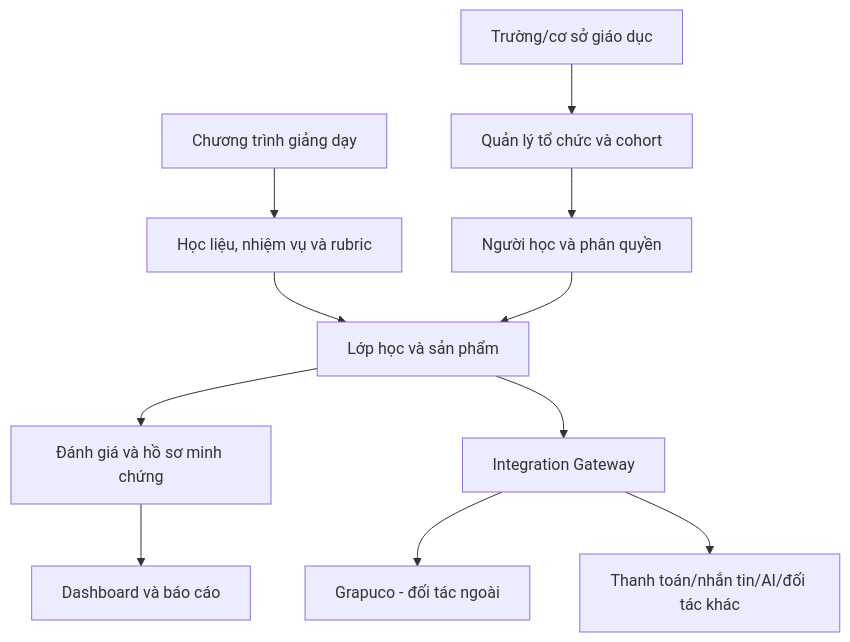
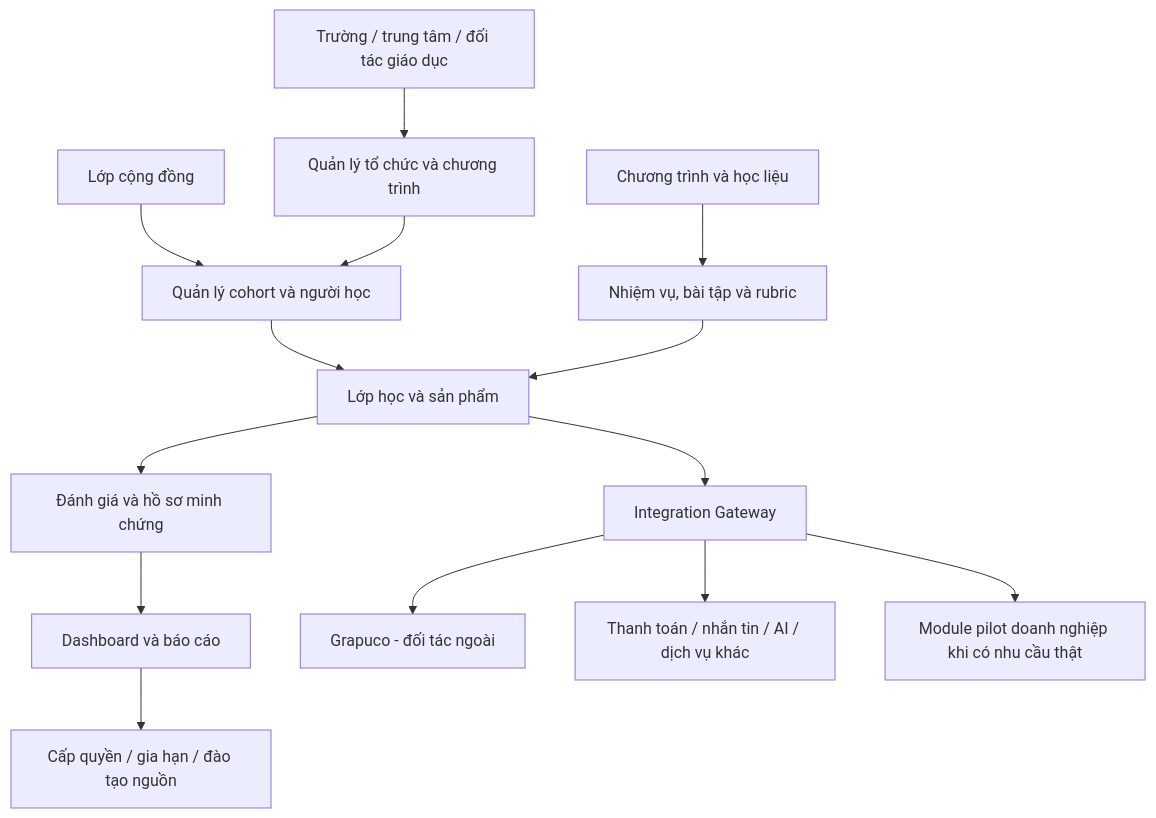
One commit to GodOfIT/nentangdaynghe changed the diagram in nen-tang/mo-hinh-nen-tang.md. Above: the diagram before and after it, drawn with Mermaid. The commit also changed other lines of this file, not shown here.

Commit message:
Ưu tiên nền tảng cho giáo dục và cohort thực tế

````diff
--- a/nen-tang/mo-hinh-nen-tang.md
+++ b/nen-tang/mo-hinh-nen-tang.md
@@ -20,13 +37,16 @@
 ```mermaid
 flowchart TD
-    A[Trường/cơ sở giáo dục] --> B[Quản lý tổ chức và cohort]
-    C[Chương trình giảng dạy] --> D[Học liệu, nhiệm vụ và rubric]
-    B --> E[Người học và phân quyền]
-    D --> F[Lớp học và sản phẩm]
-    E --> F
-    F --> G[Đánh giá và hồ sơ minh chứng]
-    G --> H[Dashboard và báo cáo]
-    F --> I[Integration Gateway]
-    I --> J[Grapuco - đối tác ngoài]
-    I --> K[Thanh toán/nhắn tin/AI/đối tác khác]
+    A[Trường / trung tâm / đối tác giáo dục] --> B[Quản lý tổ chức và chương trình]
+    C[Lớp cộng đồng] --> D[Quản lý cohort và người học]
+    B --> D
+    E[Chương trình và học liệu] --> F[Nhiệm vụ, bài tập và rubric]
+    D --> G[Lớp học và sản phẩm]
+    F --> G
+    G --> H[Đánh giá và hồ sơ minh chứng]
+    H --> I[Dashboard và báo cáo]
+    I --> J[Cấp quyền / gia hạn / đào tạo nguồn]
+    G --> K[Integration Gateway]
+    K --> L[Grapuco - đối tác ngoài]
+    K --> M[Thanh toán / nhắn tin / AI / dịch vụ khác]
+    K --> N[Module pilot doanh nghiệp khi có nhu cầu thật]
 ```
````
